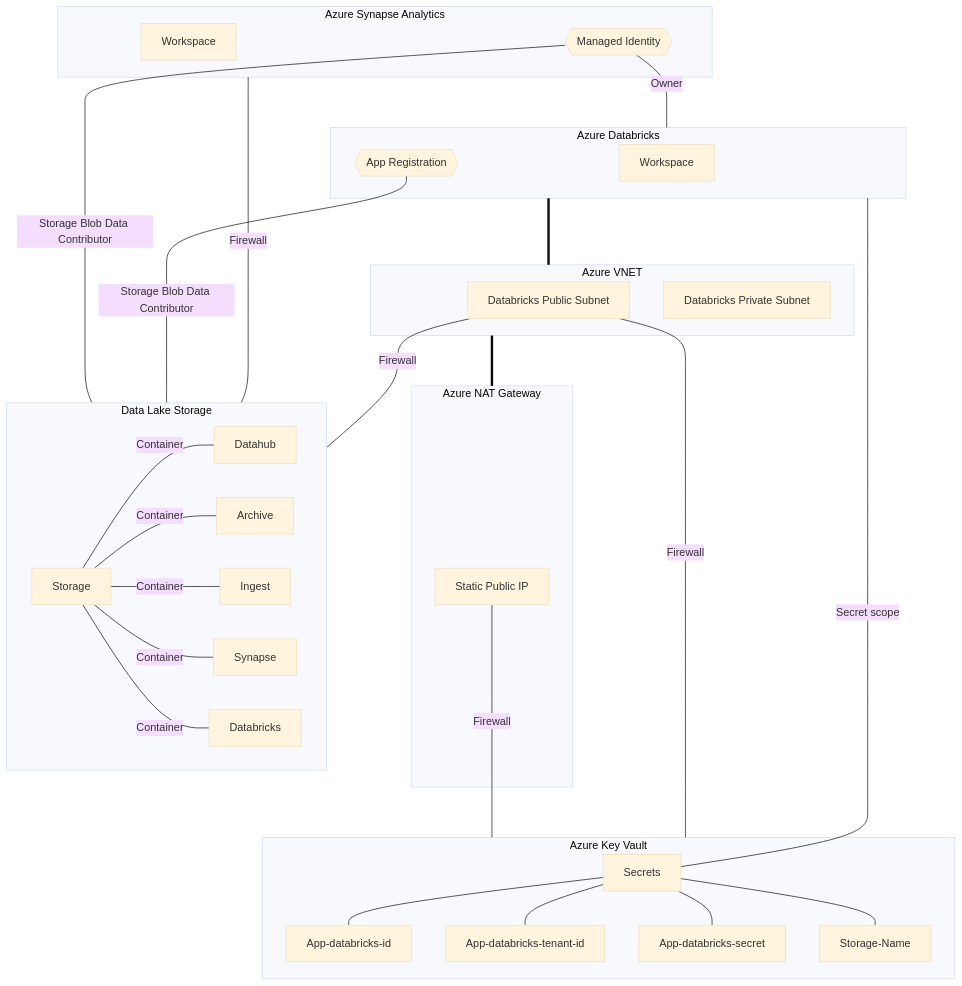
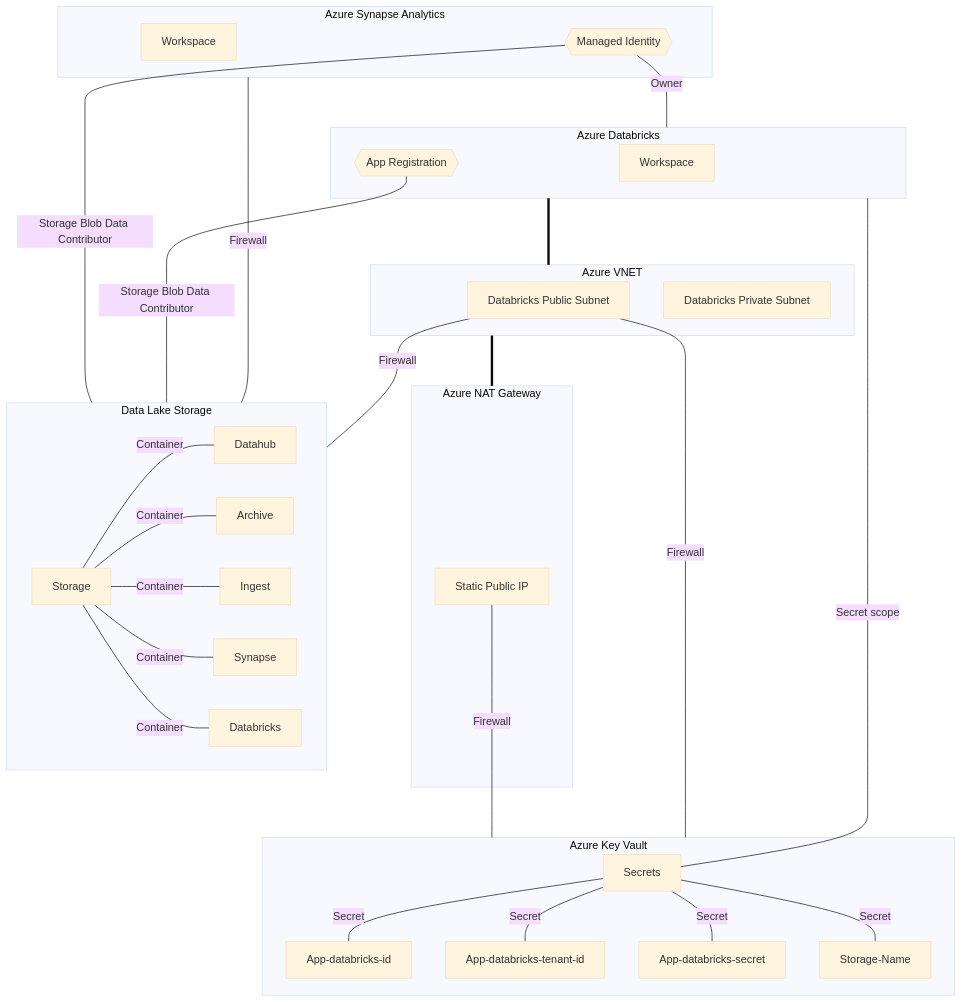
The diagram in AzureDeployment/modern-data-platform/README.md (Qivada/ADA), drawn with Mermaid (base theme) before and after one commit.

```diff
--- a/AzureDeployment/modern-data-platform/README.md
+++ b/AzureDeployment/modern-data-platform/README.md
@@ -6,53 +6,53 @@
 ~~~mermaid
 graph TB
     subgraph VNET[Azure VNET]
         SNET_PUBLIC[Databricks Public Subnet]
         SNET_PRIVATE[Databricks Private Subnet]
     end
     
     subgraph NAT[Azure NAT Gateway]
         NAT_PUBLIC_IP[Static Public IP]
     end
     
     subgraph SYNAPSE_ANALYTICS[Azure Synapse Analytics]
       SYNAPSE_WORKSPACE[Workspace]
       SYNAPSE_WORKSPACE_MANAGED_IDENTITY{{Managed Identity}}
     end
     
     subgraph DATA_LAKE[Data Lake Storage]
       DATA_LAKE_STORAGE[Storage]
       DATA_LAKE_STORAGE ---|Container| DATA_LAKE_STORAGE_CONTAINER_DATAHUB[Datahub]
       DATA_LAKE_STORAGE ---|Container| DATA_LAKE_STORAGE_CONTAINER_ARCHIVE[Archive]
       DATA_LAKE_STORAGE ---|Container| DATA_LAKE_STORAGE_CONTAINER_INGEST[Ingest]
       DATA_LAKE_STORAGE ---|Container| DATA_LAKE_STORAGE_CONTAINER_SYNAPSE[Synapse]
       DATA_LAKE_STORAGE ---|Container| DATA_LAKE_STORAGE_CONTAINER_DATABRICKS[Databricks]
     end
     
     VNET === NAT
     
     subgraph DATABRICKS[Azure Databricks]
         DATABRICKS_WORKSPACE[Workspace]
         DATABRICKS_APP_REGISTRATION{{App Registration}}
     end
     
     subgraph KEY_VAULT[Azure Key Vault]
         KEY_VAULT_SECRETS[Secrets]
-        KEY_VAULT_SECRETS --- KEY_VAULT_SECRET_001[App-databricks-id]
-        KEY_VAULT_SECRETS --- KEY_VAULT_SECRET_002[App-databricks-tenant-id]
-        KEY_VAULT_SECRETS --- KEY_VAULT_SECRET_003[App-databricks-secret]
-        KEY_VAULT_SECRETS --- KEY_VAULT_SECRET_004[Storage-Name]
+        KEY_VAULT_SECRETS ---|Secret| KEY_VAULT_SECRET_001[App-databricks-id]
+        KEY_VAULT_SECRETS ---|Secret| KEY_VAULT_SECRET_002[App-databricks-tenant-id]
+        KEY_VAULT_SECRETS ---|Secret| KEY_VAULT_SECRET_003[App-databricks-secret]
+        KEY_VAULT_SECRETS ---|Secret| KEY_VAULT_SECRET_004[Storage-Name]
     end
     
     DATABRICKS === VNET
     
     SYNAPSE_WORKSPACE_MANAGED_IDENTITY ---|Storage Blob Data Contributor|DATA_LAKE
     SYNAPSE_WORKSPACE_MANAGED_IDENTITY ---|Owner|DATABRICKS
     DATABRICKS_APP_REGISTRATION ---|Storage Blob Data Contributor|DATA_LAKE
     
     NAT_PUBLIC_IP ---|Firewall|KEY_VAULT    
     SYNAPSE_ANALYTICS ---|Firewall|DATA_LAKE
     SNET_PUBLIC ---|Firewall|DATA_LAKE
     SNET_PUBLIC ---|Firewall|KEY_VAULT
     
     DATABRICKS ---|Secret scope|KEY_VAULT_SECRETS
 ~~~
```
